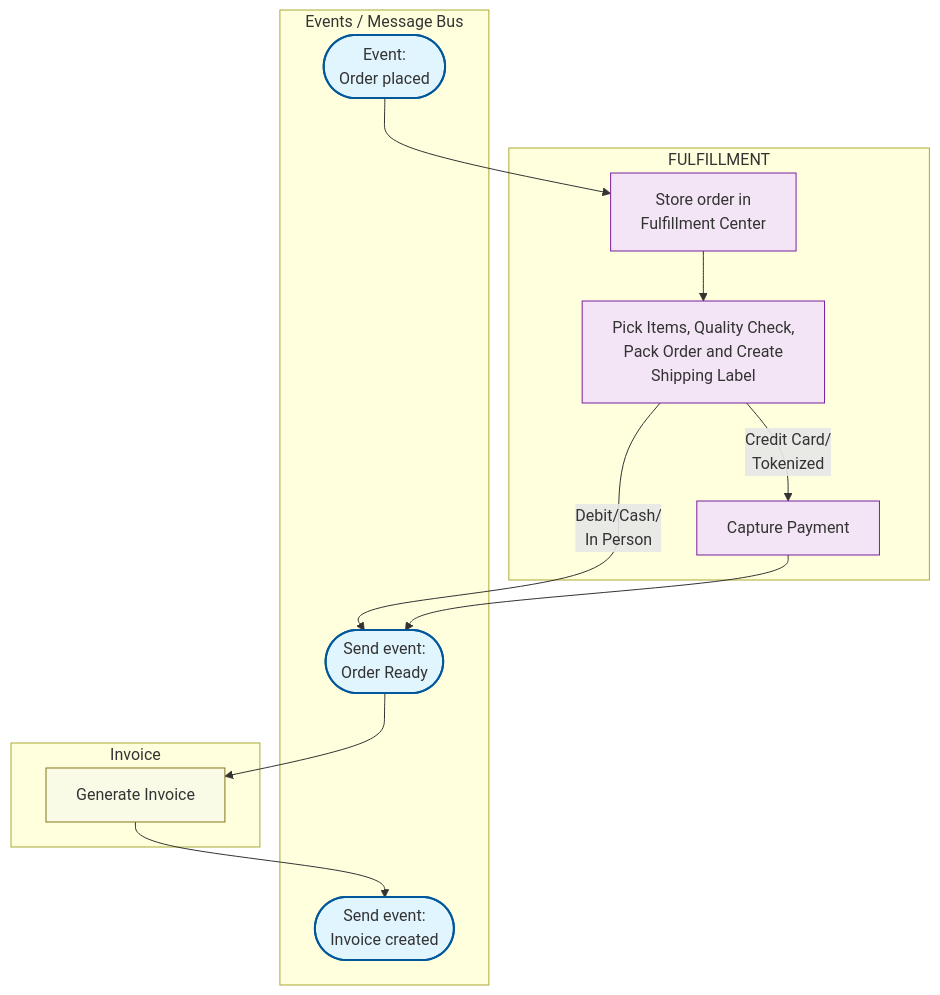
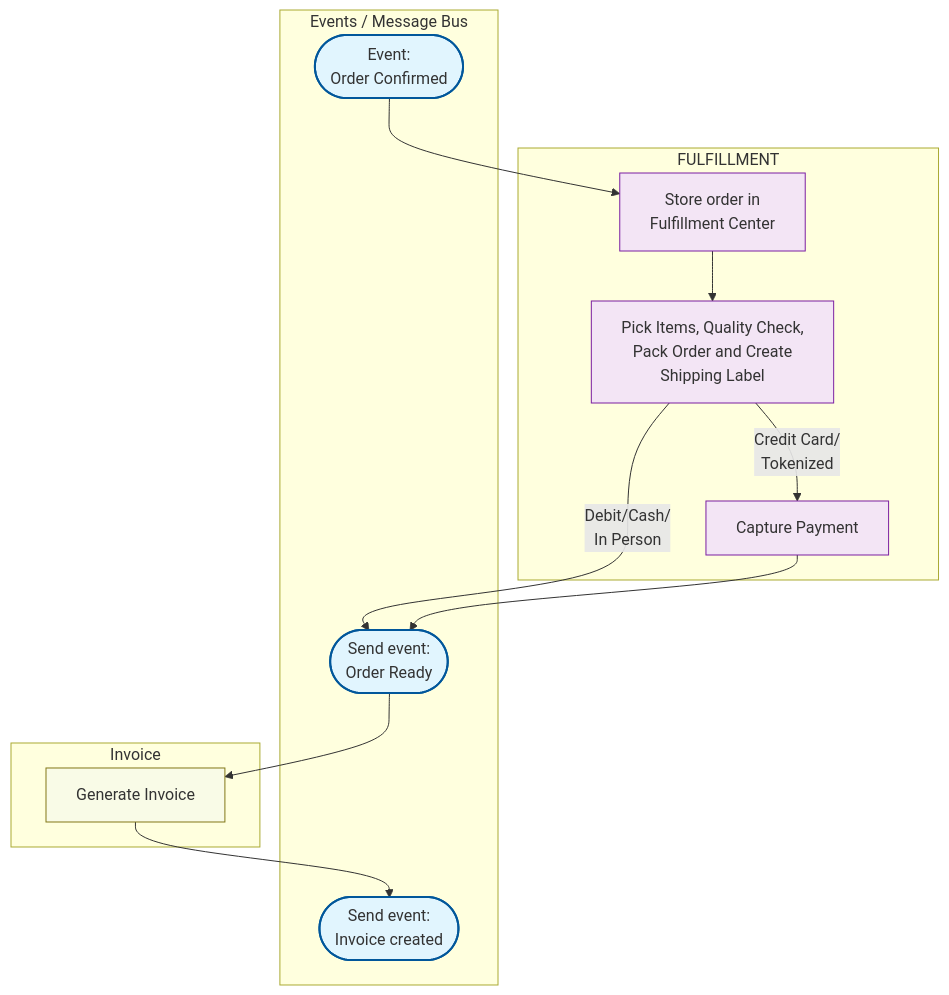
The third of 4 diagrams in README.md (RobertoFreireDev/Order-Management), drawn with Mermaid before and after one commit. The commit also changed other lines of this file, not shown here.

Commit message:
Order confirmed

````diff
--- a/README.md
+++ b/README.md
@@ -133,39 +144,39 @@
 ```mermaid
 flowchart TD
     %% Subgraph Styling
     classDef event fill:#e1f5fe,stroke:#01579b,stroke-width:2px;
     classDef fulfill fill:#f3e5f5,stroke:#7b1fa2,stroke-width:1px;
     classDef note fill:#f9fbe7,stroke:#827717,stroke-width:1px;
 
     subgraph Fulfillment [FULFILLMENT]
         K[Store order in<br/>Fulfillment Center]
         L[Pick Items, Quality Check,<br/>Pack Order and Create<br/>Shipping Label]
         V[Capture Payment]
     end
 
     subgraph Events [Events / Message Bus]
-        H([Event:<br/>Order placed])
+        H([Event:<br/>Order Confirmed])
         M([Send event:<br/>Order Ready])
         S([Send event:<br/>Invoice created])
     end
 
     subgraph Invoice [Invoice]
         J[Generate Invoice]
     end
 
     %% Fulfillment Flow
     H --> K
     K --> L
     L --> |"Credit Card/<br/>Tokenized"| V
     L --> |"Debit/Cash/<br/>In Person"| M
     V --> M
     
     %% Invoice Flow
     M --> J
     J --> S
 
     %% Class Assignments
     class H,M,S event;
     class K,L,V fulfill;
     class J note;
 ```
````
